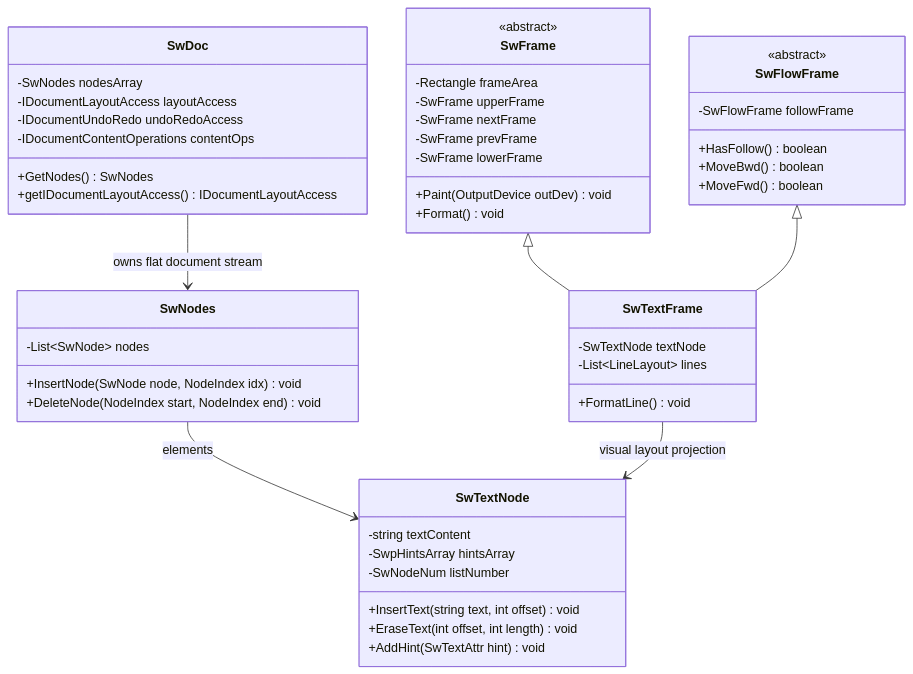
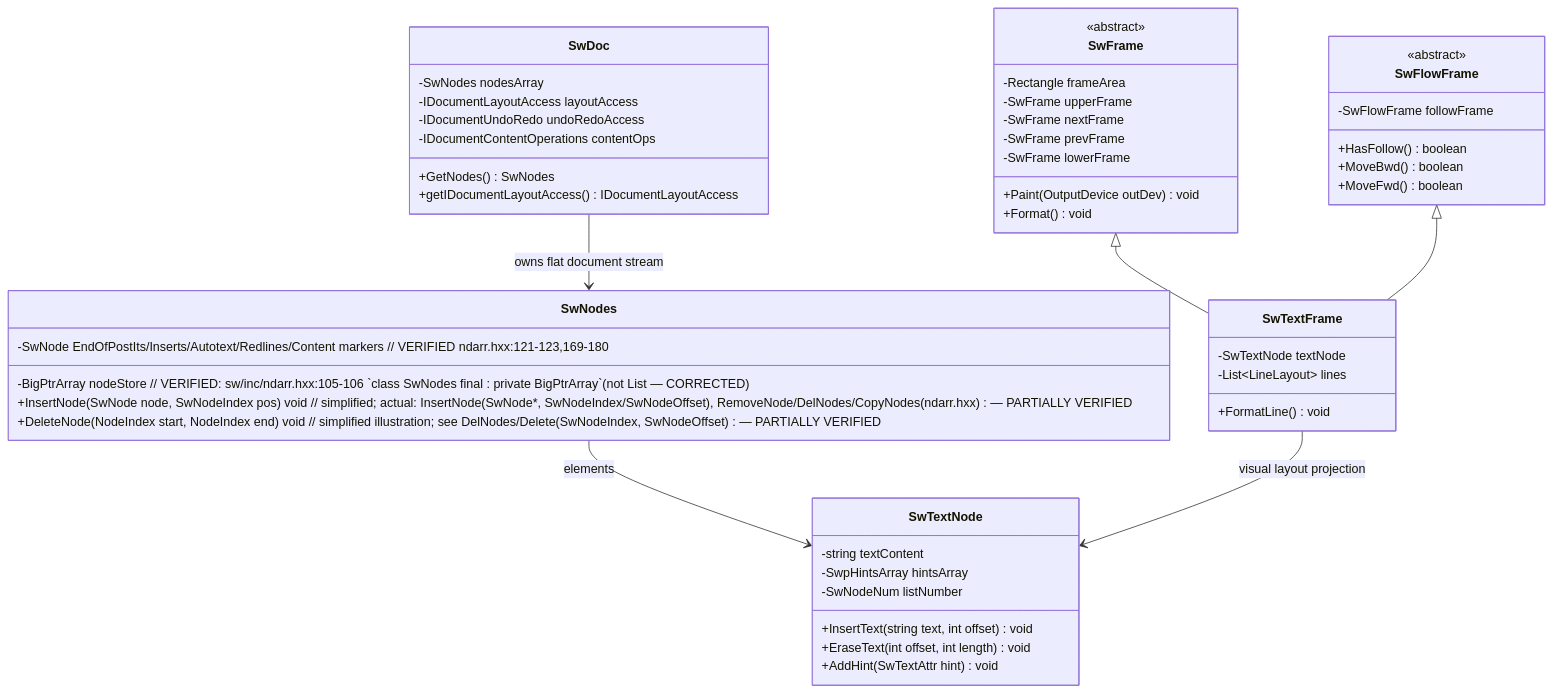
Before and after one commit to OSU-Hackathon-Team/HackOHIO_2026: the first of 2 diagrams in spec/modules/writer.md, drawn with Mermaid. The commit also changed 6 other files, not shown here.

````diff
--- a/spec/modules/writer.md
+++ b/spec/modules/writer.md
@@ -27,53 +27,54 @@
 ```mermaid
 classDiagram
     direction TB
     class SwDoc {
         -SwNodes nodesArray
         -IDocumentLayoutAccess layoutAccess
         -IDocumentUndoRedo undoRedoAccess
         -IDocumentContentOperations contentOps
         +GetNodes() SwNodes
         +getIDocumentLayoutAccess() IDocumentLayoutAccess
     }
     class SwNodes {
-        -List~SwNode~ nodes
-        +InsertNode(SwNode node, NodeIndex idx) void
-        +DeleteNode(NodeIndex start, NodeIndex end) void
+        -BigPtrArray nodeStore // VERIFIED: sw/inc/ndarr.hxx:105-106 `class SwNodes final : private BigPtrArray` (not List<SwNode> — CORRECTED)
+        -SwNode EndOfPostIts/Inserts/Autotext/Redlines/Content markers // VERIFIED ndarr.hxx:121-123,169-180
+        +InsertNode(SwNode node, SwNodeIndex pos) void // simplified; actual: InsertNode(SwNode*, SwNodeIndex/SwNodeOffset), RemoveNode/DelNodes/CopyNodes (ndarr.hxx) — PARTIALLY VERIFIED
+        +DeleteNode(NodeIndex start, NodeIndex end) void // simplified illustration; see DelNodes/Delete(SwNodeIndex, SwNodeOffset) — PARTIALLY VERIFIED
     }
     class SwTextNode {
         -string textContent
         -SwpHintsArray hintsArray
         -SwNodeNum listNumber
         +InsertText(string text, int offset) void
         +EraseText(int offset, int length) void
         +AddHint(SwTextAttr hint) void
     }
     class SwFrame {
         <<abstract>>
         -Rectangle frameArea
         -SwFrame upperFrame
         -SwFrame nextFrame
         -SwFrame prevFrame
         -SwFrame lowerFrame
         +Paint(OutputDevice outDev) void
         +Format() void
     }
     class SwFlowFrame {
         <<abstract>>
         -SwFlowFrame followFrame
         +HasFollow() boolean
         +MoveBwd() boolean
         +MoveFwd() boolean
     }
     class SwTextFrame {
         -SwTextNode textNode
         -List~LineLayout~ lines
         +FormatLine() void
     }
 
     SwDoc --> SwNodes : owns flat document stream
     SwNodes --> SwTextNode : elements
     SwFrame <|-- SwTextFrame
     SwFlowFrame <|-- SwTextFrame
     SwTextFrame --> SwTextNode : visual layout projection
 ```
````
